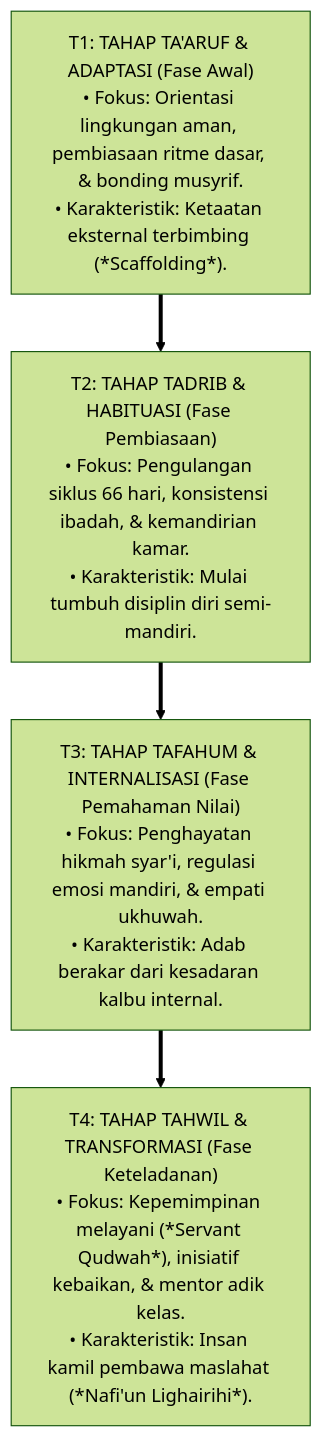
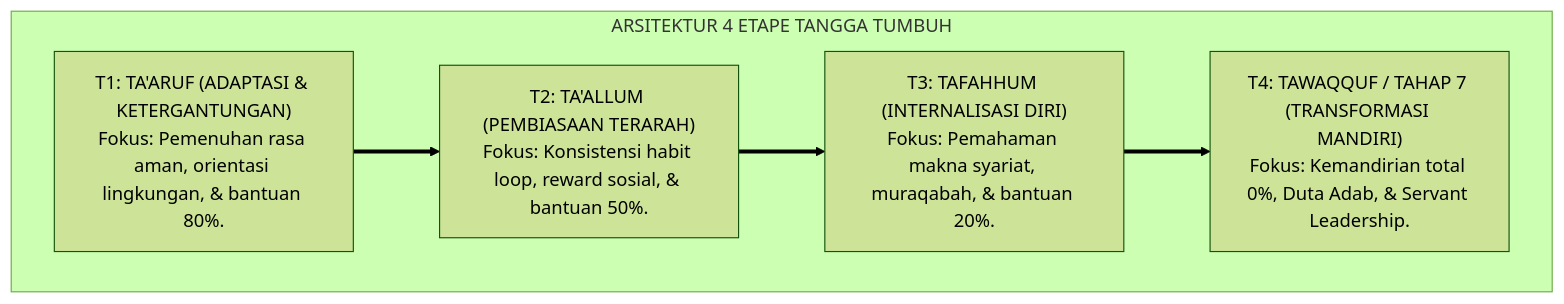
One commit to wandiapriliyandi/tumbuh changed the first of 9 diagrams in 01 Philosophy/03 Human Development/P1-03-03-Landasan-Filosofis-Tangga-TUMBUH-T1-T4.md. Above: the diagram before and after it, drawn with Mermaid (forest theme). The commit also changed other lines of this file and 31 other files, not shown here.

````diff
--- a/01 Philosophy/03 Human Development/P1-03-03-Landasan-Filosofis-Tangga-TUMBUH-T1-T4.md
+++ b/01 Philosophy/03 Human Development/P1-03-03-Landasan-Filosofis-Tangga-TUMBUH-T1-T4.md
@@ -38,12 +63,14 @@
 ```mermaid
-graph TD
-    T1["T1: TAHAP TA'ARUF & ADAPTASI (Fase Awal)<br/>• Fokus: Orientasi lingkungan aman, pembiasaan ritme dasar, & bonding musyrif.<br/>• Karakteristik: Ketaatan eksternal terbimbing (*Scaffolding*)."]
-    
-    T2["T2: TAHAP TADRIB & HABITUASI (Fase Pembiasaan)<br/>• Fokus: Pengulangan siklus 66 hari, konsistensi ibadah, & kemandirian kamar.<br/>• Karakteristik: Mulai tumbuh disiplin diri semi-mandiri."]
-    
-    T3["T3: TAHAP TAFAHUM & INTERNALISASI (Fase Pemahaman Nilai)<br/>• Fokus: Penghayatan hikmah syar'i, regulasi emosi mandiri, & empati ukhuwah.<br/>• Karakteristik: Adab berakar dari kesadaran kalbu internal."]
-    
-    T4["T4: TAHAP TAHWIL & TRANSFORMASI (Fase Keteladanan)<br/>• Fokus: Kepemimpinan melayani (*Servant Qudwah*), inisiatif kebaikan, & mentor adik kelas.<br/>• Karakteristik: Insan kamil pembawa maslahat (*Nafi'un Lighairihi*)."]
-    
-    T1 ==> T2 ==> T3 ==> T4
+flowchart TD
+    subgraph TanggaTUMBUHMetamorfosis["ARSITEKTUR 4 ETAPE TANGGA TUMBUH"]
+        T1["T1: TA'ARUF (ADAPTASI & KETERGANTUNGAN)<br/>Fokus: Pemenuhan rasa aman, orientasi lingkungan, & bantuan 80%."]
+        
+        T2["T2: TA'ALLUM (PEMBIASAAN TERARAH)<br/>Fokus: Konsistensi habit loop, reward sosial, & bantuan 50%."]
+        
+        T3["T3: TAFAHHUM (INTERNALISASI DIRI)<br/>Fokus: Pemahaman makna syariat, muraqabah, & bantuan 20%."]
+        
+        T4["T4: TAWAQQUF / TAHAP 7 (TRANSFORMASI MANDIRI)<br/>Fokus: Kemandirian total 0%, Duta Adab, & Servant Leadership."]
+        
+        T1 ==> T2 ==> T3 ==> T4
+    end
 ```
````
